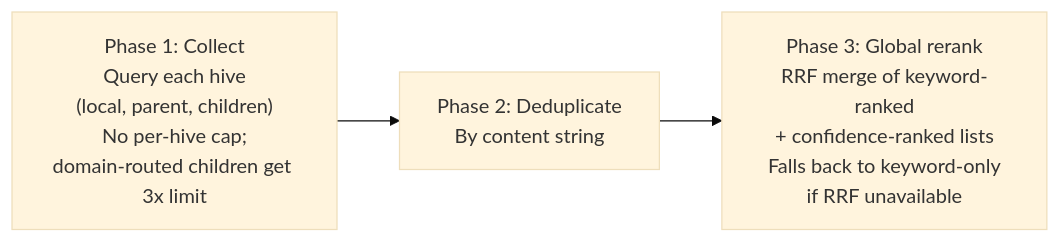
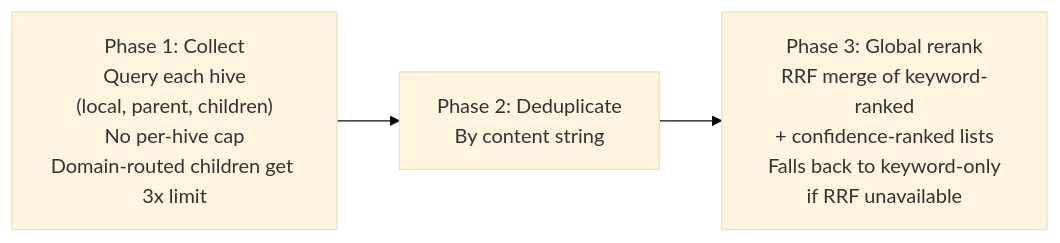
Before and after one commit to rysweet/amplihack: the fifth of 13 diagrams in docs/hive_mind/ARCHITECTURE.md, drawn with Mermaid (base theme). The commit also changed other lines of this file and 2 other files, not shown here.

First line of the commit message:
docs: add getting-started guide and update hive mind docs

````diff
--- a/docs/hive_mind/ARCHITECTURE.md
+++ b/docs/hive_mind/ARCHITECTURE.md
@@ -89,8 +106,8 @@
 ```mermaid
 graph LR
-    P1["Phase 1: Collect<br/>Query each hive<br/>(local, parent, children)<br/>No per-hive cap;<br/>domain-routed children get 3x limit"]
+    P1["Phase 1: Collect<br/>Query each hive<br/>(local, parent, children)<br/>No per-hive cap<br/>Domain-routed children get 3x limit"]
     P2["Phase 2: Deduplicate<br/>By content string"]
     P3["Phase 3: Global rerank<br/>RRF merge of keyword-ranked<br/>+ confidence-ranked lists<br/>Falls back to keyword-only<br/>if RRF unavailable"]
 
     P1 --> P2 --> P3
 ```
````
